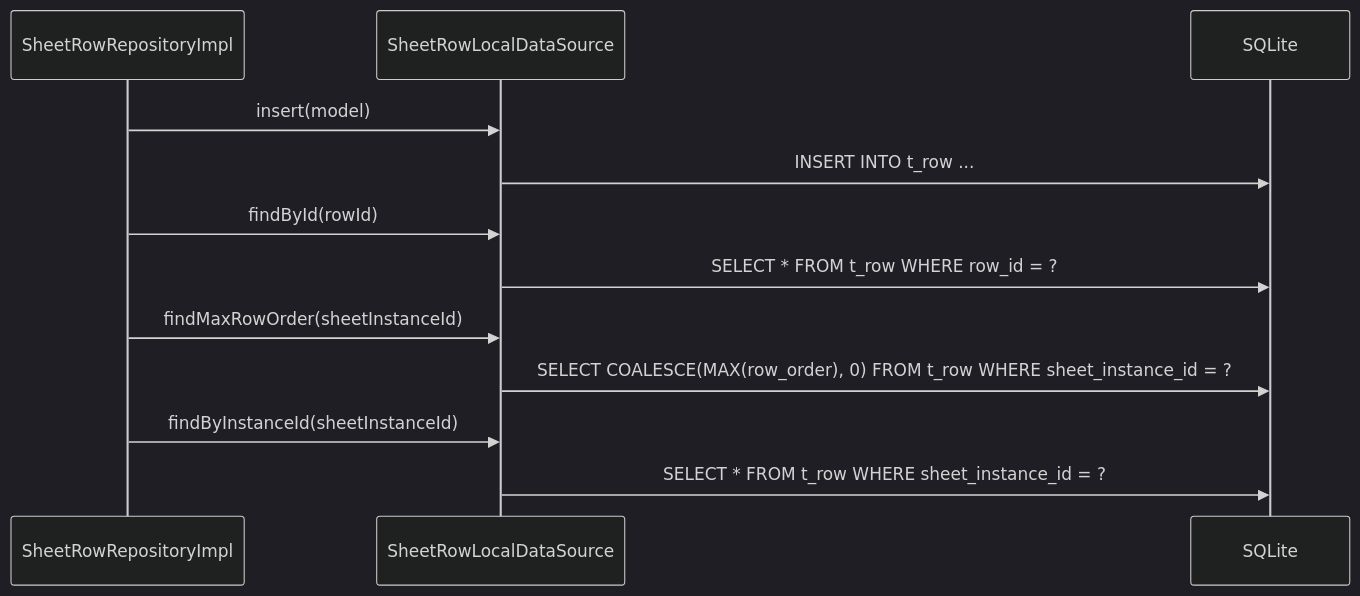
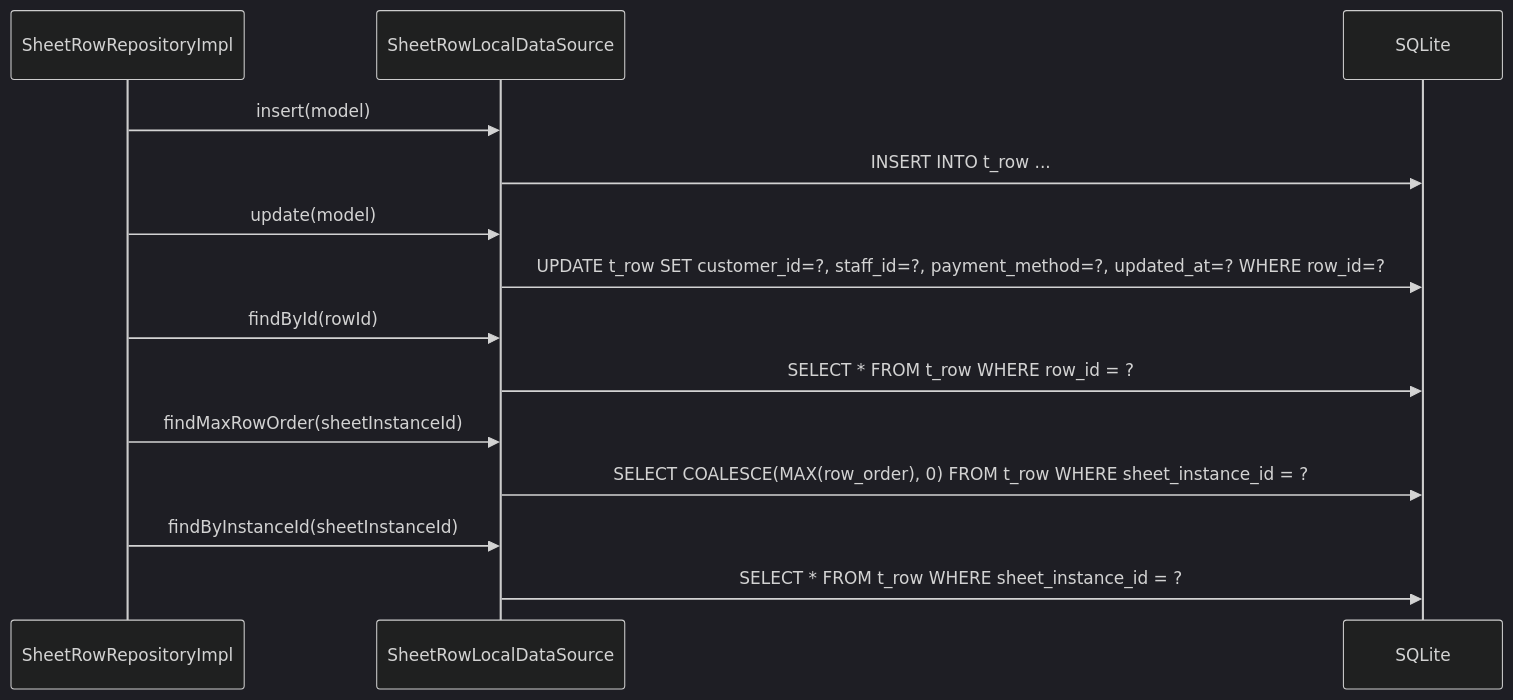
The diagram in docs/design/lib/src/features/voucher/data/datasources/sheet_row_local_datasource.md (MinamiyamaKotaro/m3_pad), drawn with Mermaid (dark theme) before and after one commit. The commit also changed other lines of this file and 35 other files, not shown here.

First line of the commit message:
Reflect payment method, staff shift, and daily summary specs into design docs

````diff
--- a/docs/design/lib/src/features/voucher/data/datasources/sheet_row_local_datasource.md
+++ b/docs/design/lib/src/features/voucher/data/datasources/sheet_row_local_datasource.md
@@ -13,15 +14,17 @@
 ```mermaid
 sequenceDiagram
     participant R as SheetRowRepositoryImpl
     participant D as SheetRowLocalDataSource
     participant DB as SQLite
 
     R->>D: insert(model)
     D->>DB: INSERT INTO t_row ...
+    R->>D: update(model)
+    D->>DB: UPDATE t_row SET customer_id=?, staff_id=?, payment_method=?, updated_at=? WHERE row_id=?
     R->>D: findById(rowId)
     D->>DB: SELECT * FROM t_row WHERE row_id = ?
     R->>D: findMaxRowOrder(sheetInstanceId)
     D->>DB: SELECT COALESCE(MAX(row_order), 0) FROM t_row WHERE sheet_instance_id = ?
     R->>D: findByInstanceId(sheetInstanceId)
     D->>DB: SELECT * FROM t_row WHERE sheet_instance_id = ?
 ```
````
